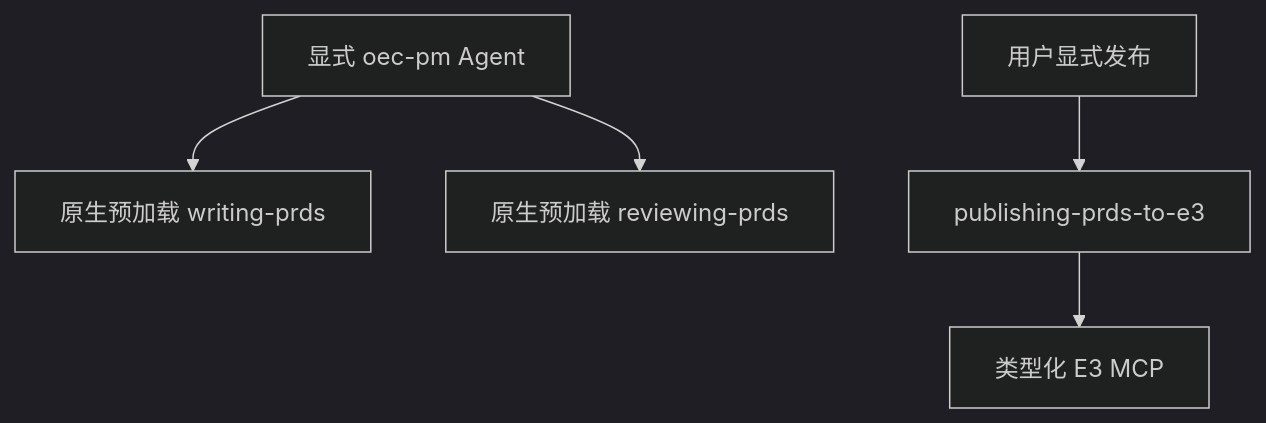
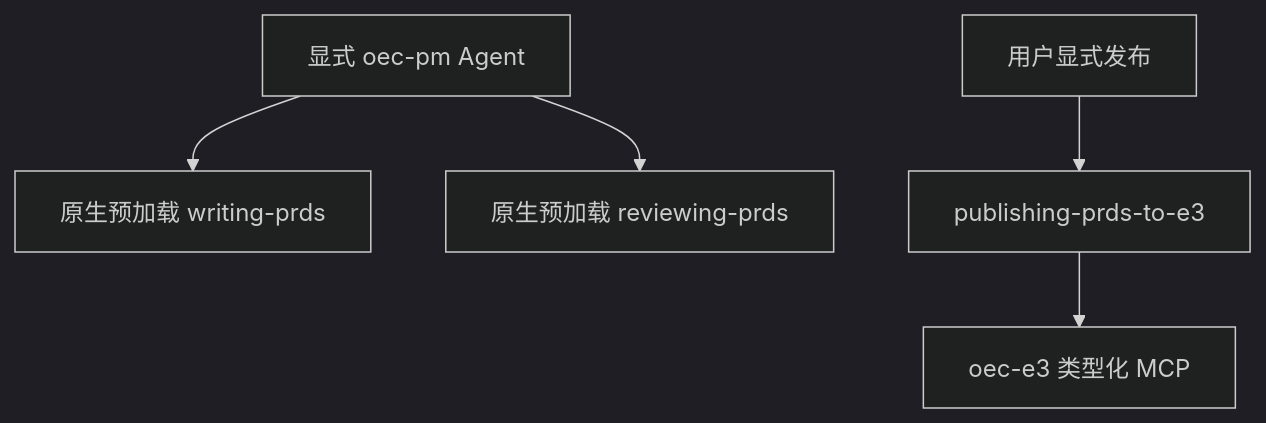
Before and after one commit to quanxinwang18-a11y/plainOEC-infra: the third of 3 diagrams in docs/reviews/pm-implementation-review.md, drawn with Mermaid (dark theme). The commit also changed other lines of this file and 5 other files, not shown here.

````diff
--- a/docs/reviews/pm-implementation-review.md
+++ b/docs/reviews/pm-implementation-review.md
@@ -88,7 +92,7 @@
 ```mermaid
 flowchart TD
     A["显式 oec-pm Agent"] --> W["原生预加载 writing-prds"]
     A --> R["原生预加载 reviewing-prds"]
     U["用户显式发布"] --> P["publishing-prds-to-e3"]
-    P --> M["类型化 E3 MCP"]
+    P --> M["oec-e3 类型化 MCP"]
 ```
````
